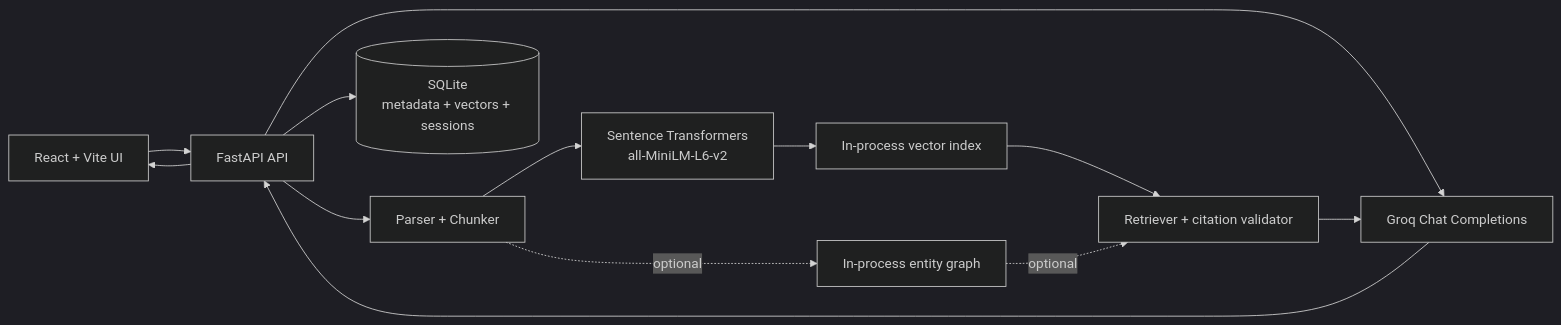
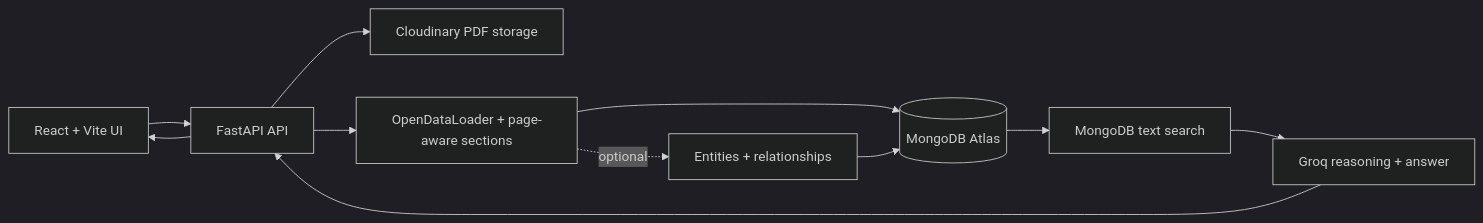
One commit to Kareenashinde15/insightgraph-rag changed the diagram in docs/ARCHITECTURE.md. Above: the diagram before and after it, drawn with Mermaid (dark theme). The commit also changed other lines of this file and 42 other files, not shown here.

Commit message:
Migrate to vectorless MongoDB RAG and OpenDataLoader

````diff
--- a/docs/ARCHITECTURE.md
+++ b/docs/ARCHITECTURE.md
@@ -7,15 +3,13 @@
 ```mermaid
 flowchart LR
     UI[React + Vite UI] --> API[FastAPI API]
-    API --> ING[Parser + Chunker]
-    ING --> EMB[Sentence Transformers\nall-MiniLM-L6-v2]
-    EMB --> IDX[In-process vector index]
-    API --> DB[(SQLite\nmetadata + vectors + sessions)]
-    API --> GROQ[Groq Chat Completions]
-    IDX --> RET[Retriever + citation validator]
-    RET --> GROQ
+    API --> CLOUD[Cloudinary PDF storage]
+    API --> PARSE[OpenDataLoader + page-aware sections]
+    PARSE --> DB[(MongoDB Atlas)]
+    DB --> SEARCH[MongoDB text search]
+    SEARCH --> GROQ[Groq reasoning + answer]
     GROQ --> API
     API --> UI
-    ING -. optional .-> GRAPH[In-process entity graph]
-    GRAPH -. optional .-> RET
+    PARSE -. optional .-> GRAPH[Entities + relationships]
+    GRAPH --> DB
 ```
````
